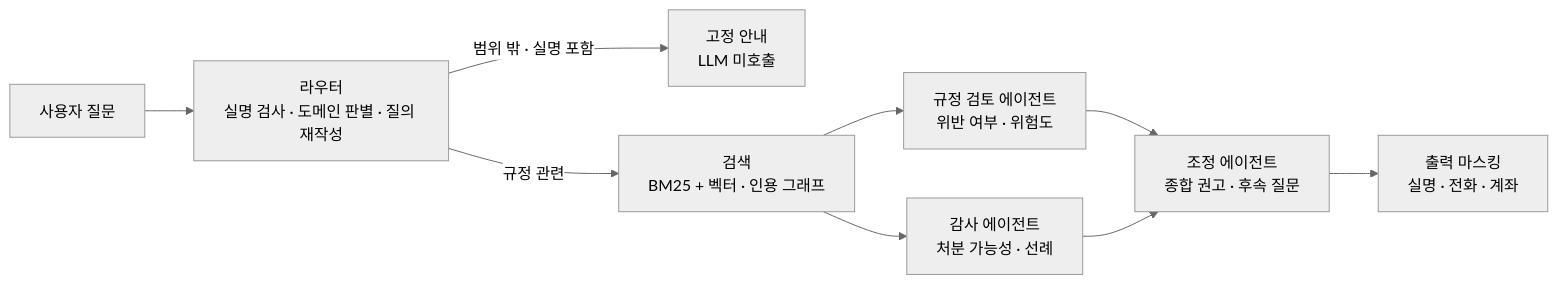
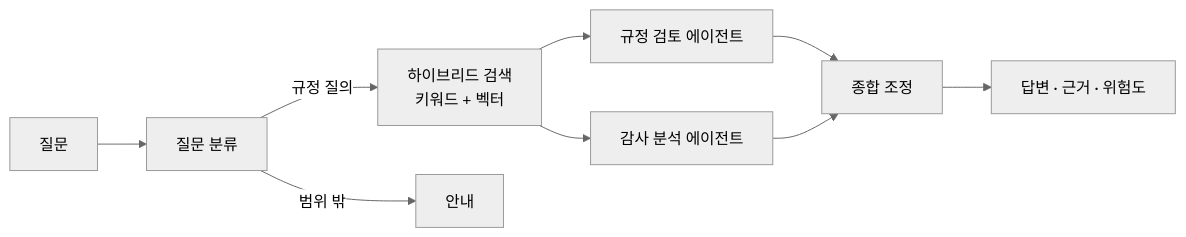
The diagram in README.md (Patrick-SCH03/Student-Council_AI_Agent), drawn with Mermaid (neutral theme) before and after one commit. The commit also changed other lines of this file and 26 other files, not shown here.

````diff
--- a/README.md
+++ b/README.md
@@ -91,11 +28,11 @@
 ```mermaid
 flowchart LR
-    U["사용자 질문"] --> RT["라우터<br/>실명 검사 · 도메인 판별 · 질의 재작성"]
-    RT -->|범위 밖 · 실명 포함| OO["고정 안내<br/>LLM 미호출"]
-    RT -->|규정 관련| RE["검색<br/>BM25 + 벡터 · 인용 그래프"]
-    RE --> RV["규정 검토 에이전트<br/>위반 여부 · 위험도"]
-    RE --> AD["감사 에이전트<br/>처분 가능성 · 선례"]
-    RV --> CO["조정 에이전트<br/>종합 권고 · 후속 질문"]
-    AD --> CO
-    CO --> MK["출력 마스킹<br/>실명 · 전화 · 계좌"]
+    Q[질문] --> R[질문 분류]
+    R -->|규정 질의| S[하이브리드 검색<br/>키워드 + 벡터]
+    R -->|범위 밖| G[안내]
+    S --> A1[규정 검토 에이전트]
+    S --> A2[감사 분석 에이전트]
+    A1 --> C[종합 조정]
+    A2 --> C
+    C --> ANS[답변 · 근거 · 위험도]
 ```
````
